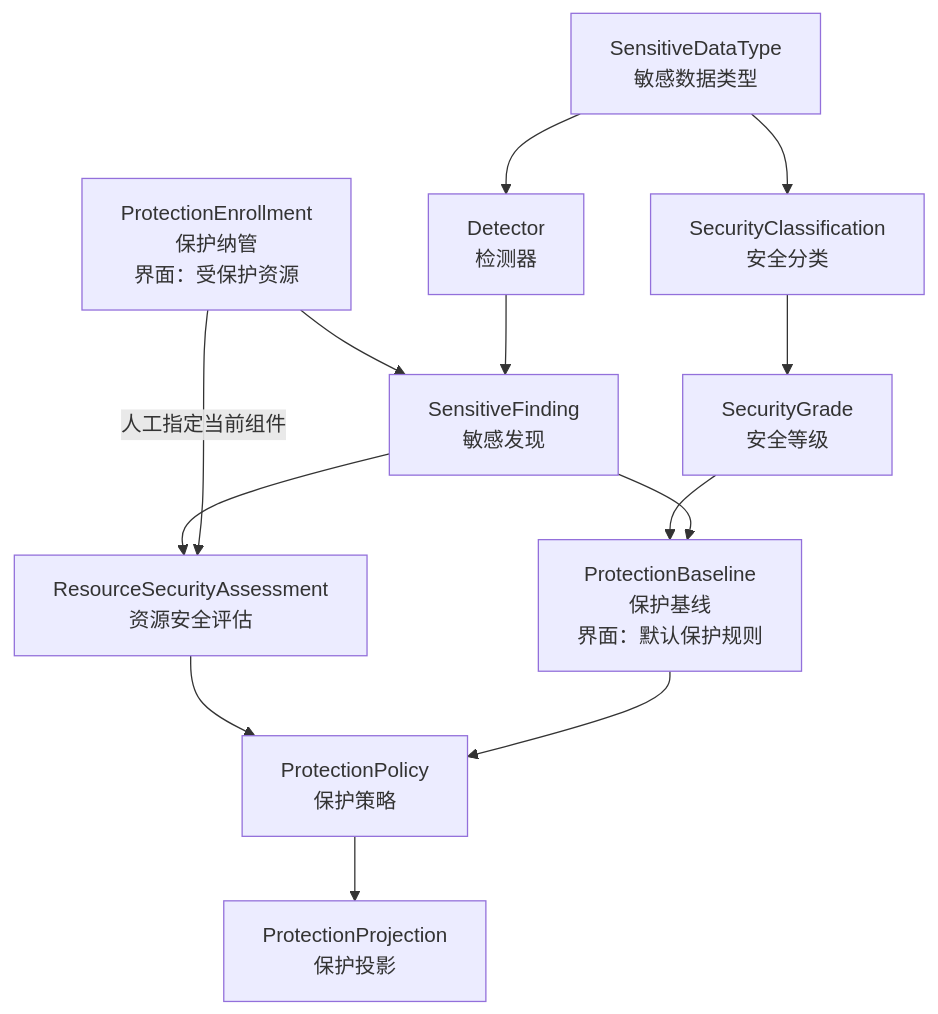
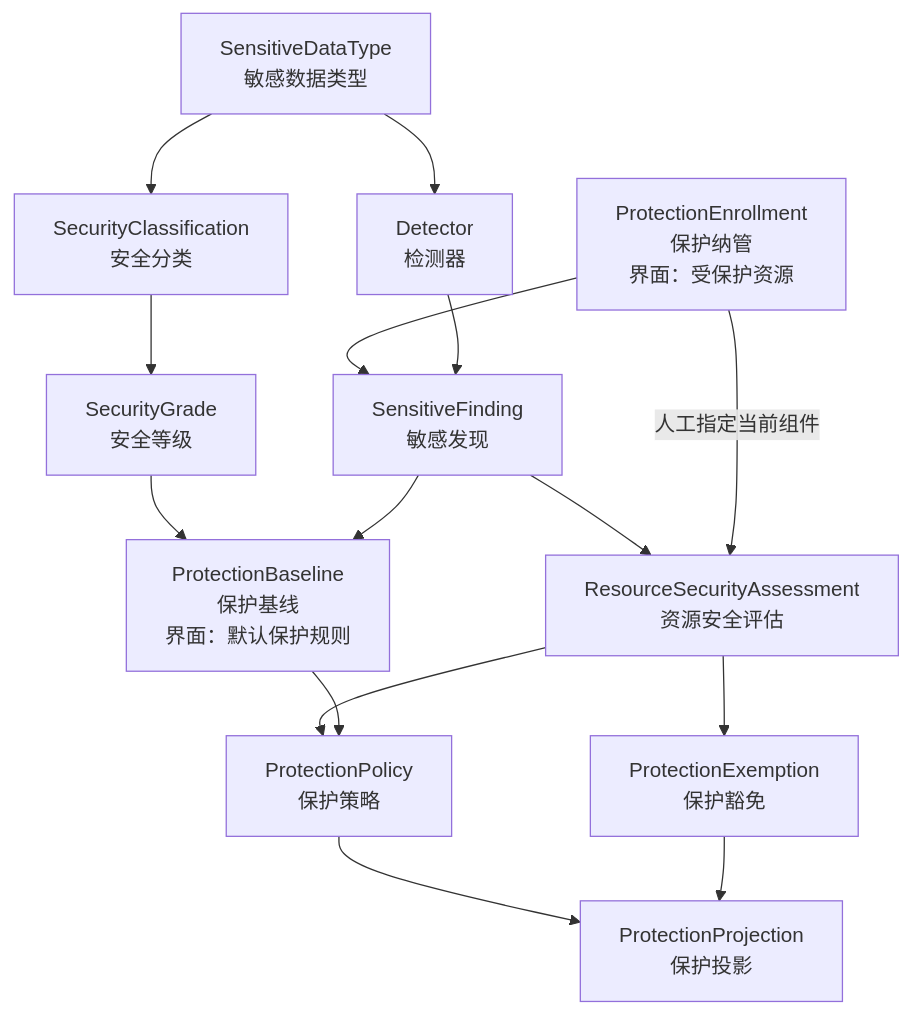
One commit to pampa0629/addp changed the first of 5 diagrams in docs/concepts/addp数据安全与隐私保护体系图.md. Above: the diagram before and after it, drawn with Mermaid. The commit also changed other lines of this file and 346 other files, not shown here.

````diff
--- a/docs/concepts/addp数据安全与隐私保护体系图.md
+++ b/docs/concepts/addp数据安全与隐私保护体系图.md
@@ -19,26 +19,29 @@
 ```mermaid
 flowchart TB
     Type[SensitiveDataType<br/>敏感数据类型]
     Classification[SecurityClassification<br/>安全分类]
     Grade[SecurityGrade<br/>安全等级]
     Detector[Detector<br/>检测器]
     Baseline[ProtectionBaseline<br/>保护基线<br/>界面：默认保护规则]
     Enrollment[ProtectionEnrollment<br/>保护纳管<br/>界面：受保护资源]
     Finding[SensitiveFinding<br/>敏感发现]
     Assessment[ResourceSecurityAssessment<br/>资源安全评估]
     Policy[ProtectionPolicy<br/>保护策略]
+    Exemption[ProtectionExemption<br/>保护豁免]
     Projection[ProtectionProjection<br/>保护投影]
 
     Type --> Detector
     Type --> Classification
     Classification --> Grade
     Grade --> Baseline
     Enrollment --> Finding
     Detector --> Finding
     Finding --> Assessment
     Enrollment -->|人工指定当前组件| Assessment
     Finding --> Baseline
     Assessment --> Policy
     Baseline --> Policy
+    Assessment --> Exemption
     Policy --> Projection
+    Exemption --> Projection
 ```
````
